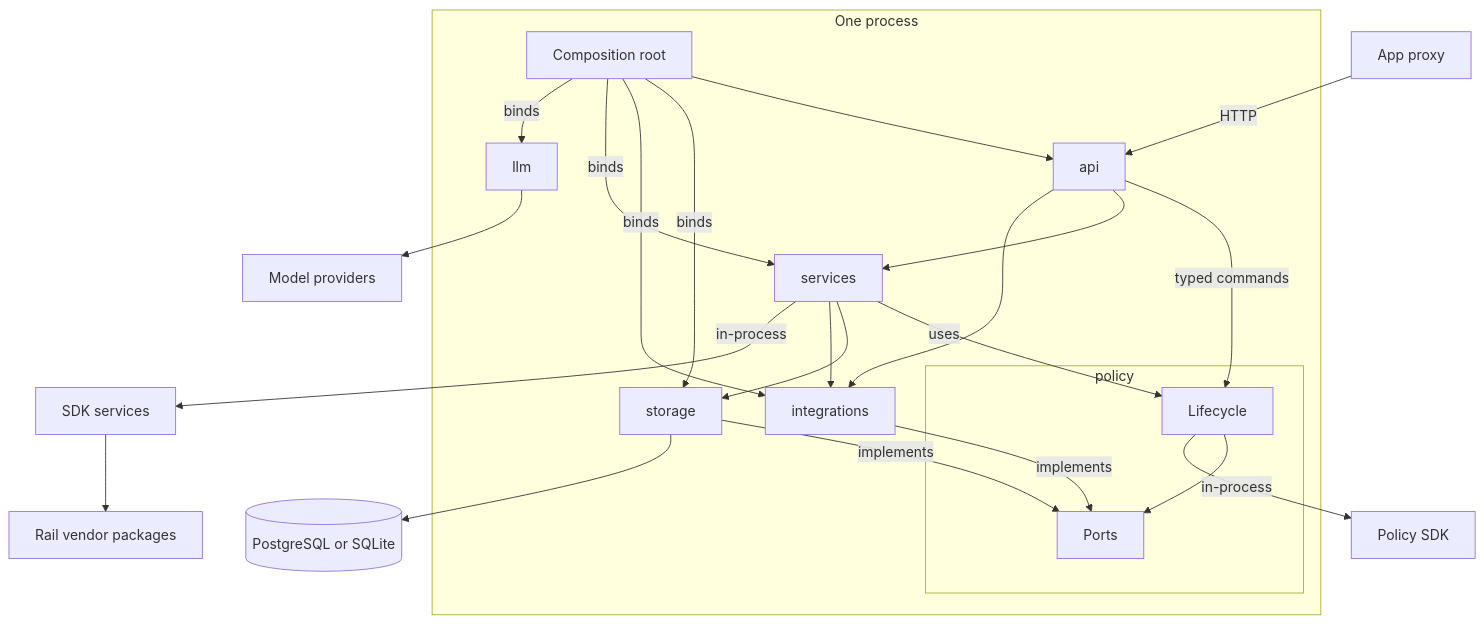
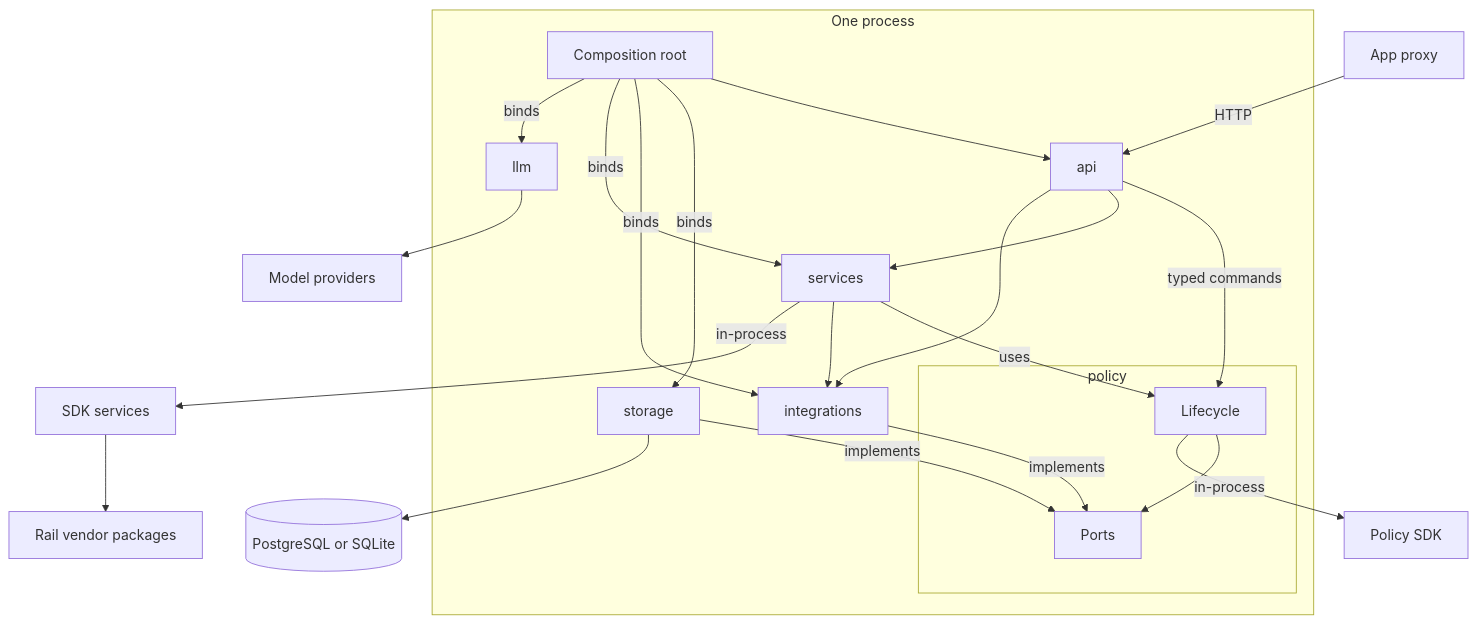
Before and after one commit to AllowIt-hq/Colosseum: the second of 4 diagrams in docs/architecture.md, drawn with Mermaid. The commit also changed other lines of this file and 5 other files, not shown here.

First line of the commit message:
Align architecture docs with engine, vault and CLI sources

````diff
--- a/docs/architecture.md
+++ b/docs/architecture.md
@@ -48,35 +39,34 @@
 ```mermaid
 flowchart TB
     subgraph Server[One process]
         Root[Composition root]
         API[api]
         subgraph Policy[policy]
             Core[Lifecycle]
             Ports[Ports]
         end
         Svc[services]
         Store[storage]
         IO[integrations]
         LLM[llm]
     end
     Proxy[App proxy] -->|HTTP| API
     Root --> API
     Root -->|binds| Store
     Root -->|binds| IO
     Root -->|binds| Svc
     Root -->|binds| LLM
     API -->|typed commands| Core
     API --> Svc
     API --> IO
     Core --> Ports
     Store -->|implements| Ports
     IO -->|implements| Ports
     Svc -->|uses| Core
-    Svc --> Store
     Svc --> IO
     Core -->|in-process| SDK[Policy SDK]
     Svc -->|in-process| Facade[SDK services]
     Facade --> Vendors[Rail vendor packages]
     Store --> DB[(PostgreSQL or SQLite)]
     LLM --> Models[Model providers]
 ```
````
